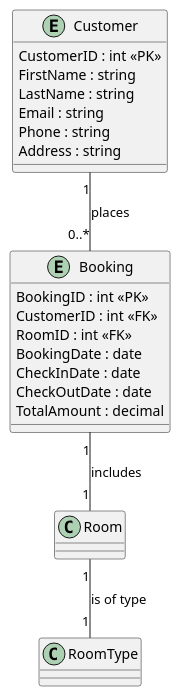
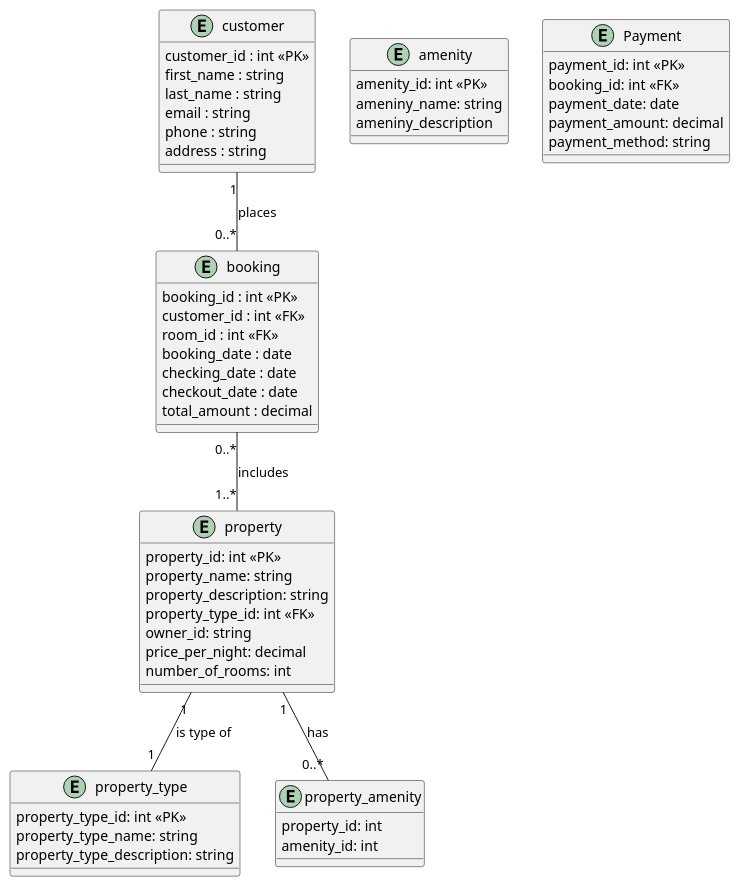
Before and after one commit to ramalhoneilson/holi: the diagram in diagrams/data_model.puml, drawn with PlantUML.

Commit message:
adding a few entitites such as booking and others

```diff
--- a/diagrams/data_model.puml
+++ b/diagrams/data_model.puml
@@ -1,25 +1,62 @@
 @startuml
 
-entity Customer {
-  CustomerID : int <<PK>>
-  FirstName : string
-  LastName : string
-  Email : string
-  Phone : string
-  Address : string
+entity customer{
+  customer_id : int <<PK>>
+  first_name : string
+  last_name : string
+  email : string
+  phone : string
+  address : string
 }
 
-entity Booking {
-  BookingID : int <<PK>>
-  CustomerID : int <<FK>>
-  RoomID : int <<FK>>
-  BookingDate : date
-  CheckInDate : date
-  CheckOutDate : date
-  TotalAmount : decimal
+entity booking {
+  booking_id : int <<PK>>
+  customer_id : int <<FK>>
+  room_id : int <<FK>>
+  booking_date : date
+  checking_date : date
+  checkout_date : date
+  total_amount : decimal
 }
 
-Customer "1" -- "0..*" Booking : "places"
-Booking "1" -- "1" Room : "includes"
-Room "1" -- "1" RoomType : "is of type"
+entity property{
+  property_id: int <<PK>>
+  property_name: string
+  property_description: string
+  property_type_id: int <<FK>>
+  owner_id: string
+  price_per_night: decimal
+  number_of_rooms: int
+}
+
+entity property_type{
+  property_type_id: int <<PK>>
+  property_type_name: string
+  property_type_description: string
+}
+
+entity amenity{
+  amenity_id: int <<PK>>
+  ameniny_name: string
+  ameniny_description
+}
+
+entity property_amenity{
+  property_id: int 
+  amenity_id: int
+}
+
+entity Payment{
+  payment_id: int <<PK>>
+  booking_id: int <<FK>>
+  payment_date: date
+  payment_amount: decimal
+  payment_method: string
+}
+
+customer "1" -- "0..*" booking : "places"
+booking "0..*" -- "1..*" property : "includes"
+property "1" -- "0..*" property_amenity : "has"
+property "1"-- "1" property_type: "is type of"
+
 @enduml
```
